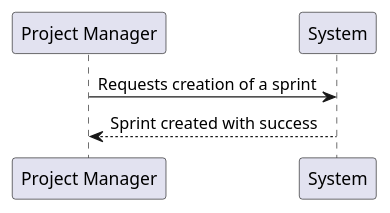
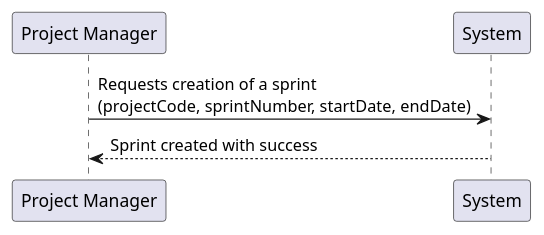
Before and after one commit to ivo-menezes/project_g3: the diagram in docs/modelling_design/user_stories/us019/US019_CreateSprintSSD.puml, drawn with PlantUML.

Commit message:
US019: Analysis: Updated SSD.

```diff
--- a/docs/modelling_design/user_stories/us019/US019_CreateSprintSSD.puml
+++ b/docs/modelling_design/user_stories/us019/US019_CreateSprintSSD.puml
@@ -1,7 +1,7 @@
 @startuml
 
-"Project Manager" -> System: Requests creation of a sprint
+"Project Manager" -> System: Requests creation of a sprint\n(projectCode, sprintNumber, startDate, endDate)
 '"Project Manager" <-- System: Authorization granted
 '"Project Manager"  -> System: Add user stories to be part of the sprint
 "Project Manager"  <-- System: Sprint created with success
 @enduml
```
